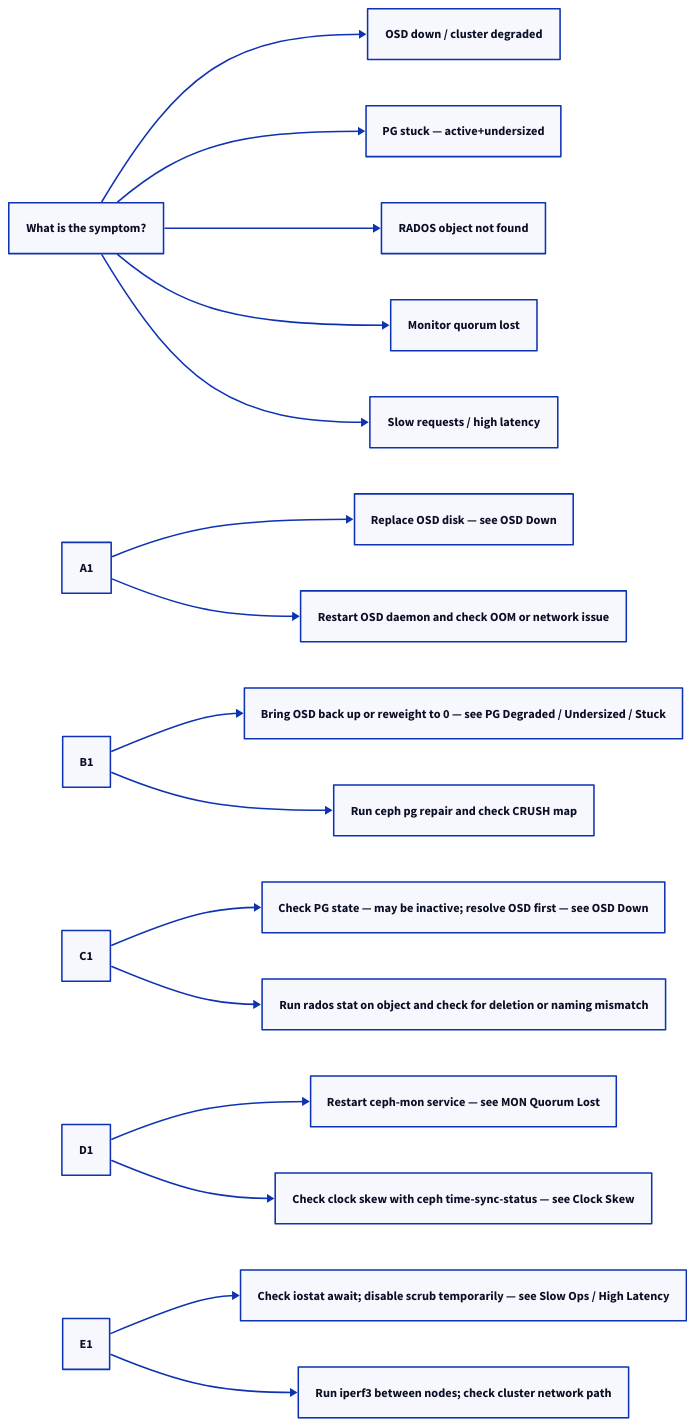
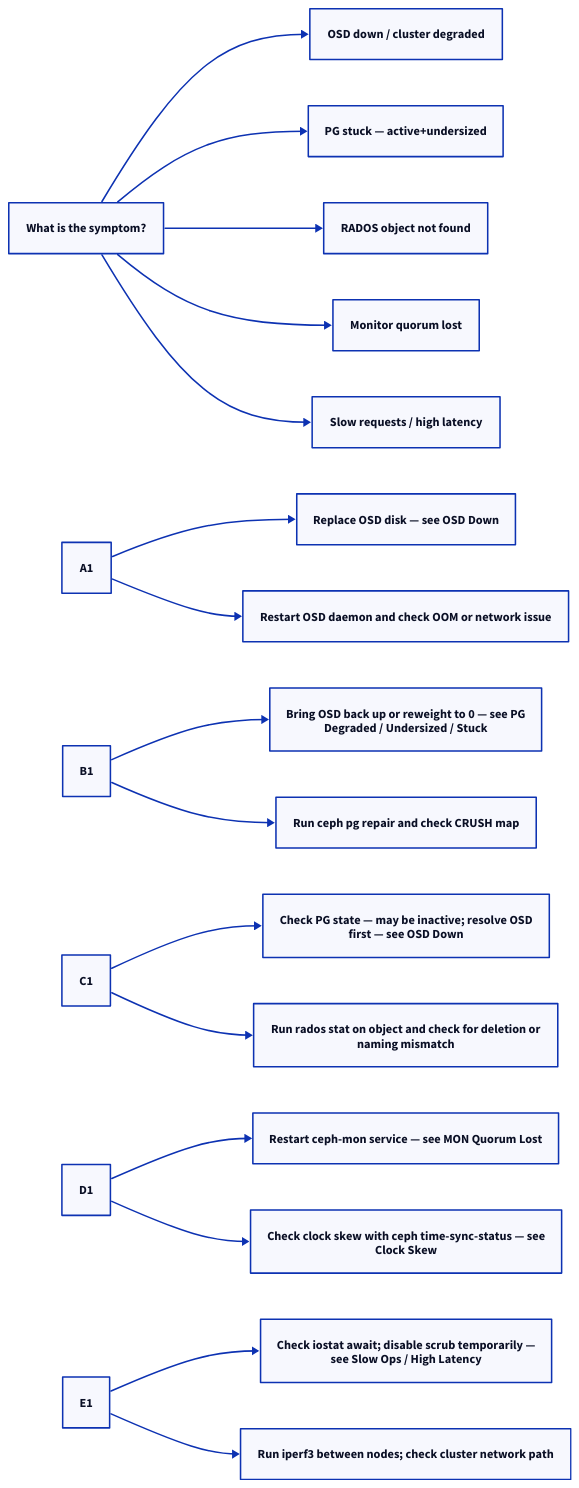
One commit to canast01/chris-kb changed the third of 3 diagrams in docs/storage/ceph/troubleshooting/common-issues/index.md. Above: the diagram before and after it, drawn with D2. The commit also changed 192 other files, not shown here.

````diff
--- a/docs/storage/ceph/troubleshooting/common-issues/index.md
+++ b/docs/storage/ceph/troubleshooting/common-issues/index.md
@@ -61,41 +61,41 @@
 ```d2
 direction: right
 
 S: "What is the symptom?" {shape: rectangle}
 A: "OSD down / cluster degraded" {shape: rectangle}
 B: "PG stuck — active+undersized" {shape: rectangle}
 C: "RADOS object not found" {shape: rectangle}
 D: "Monitor quorum lost" {shape: rectangle}
 E: "Slow requests / high latency" {shape: rectangle}
 A1: "A1" {shape: rectangle}
 A2: "Replace OSD disk — see OSD Down" {shape: rectangle}
 A3: "Restart OSD daemon and check OOM or network issue" {shape: rectangle}
 B1: "B1" {shape: rectangle}
-B2: "Bring OSD back up or reweight to 0 — see PG Degraded / Undersized / Stuck" {shape: rectangle}
+B2: "Bring OSD back up or reweight to 0 — see PG\nDegraded / Undersized / Stuck" {shape: rectangle}
 B3: "Run ceph pg repair and check CRUSH map" {shape: rectangle}
 C1: "C1" {shape: rectangle}
-C2: "Check PG state — may be inactive; resolve OSD first — see OSD Down" {shape: rectangle}
-C3: "Run rados stat on object and check for deletion or naming mismatch" {shape: rectangle}
+C2: "Check PG state — may be inactive; resolve OSD\nfirst — see OSD Down" {shape: rectangle}
+C3: "Run rados stat on object and check for deletion or\nnaming mismatch" {shape: rectangle}
 D1: "D1" {shape: rectangle}
 D2: "Restart ceph-mon service — see MON Quorum Lost" {shape: rectangle}
-D3: "Check clock skew with ceph time-sync-status — see Clock Skew" {shape: rectangle}
+D3: "Check clock skew with ceph time-sync-status — see\nClock Skew" {shape: rectangle}
 E1: "E1" {shape: rectangle}
-E2: "Check iostat await; disable scrub temporarily — see Slow Ops / High Latency" {shape: rectangle}
+E2: "Check iostat await; disable scrub temporarily —\nsee Slow Ops / High Latency" {shape: rectangle}
 E3: "Run iperf3 between nodes; check cluster network path" {shape: rectangle}
 
 S -> A
 S -> B
 S -> C
 S -> D
 S -> E
 A1 -> A2
 A1 -> A3
 B1 -> B2
 B1 -> B3
 C1 -> C2
 C1 -> C3
 D1 -> D2
 D1 -> D3
 E1 -> E2
 E1 -> E3
 ```
````
